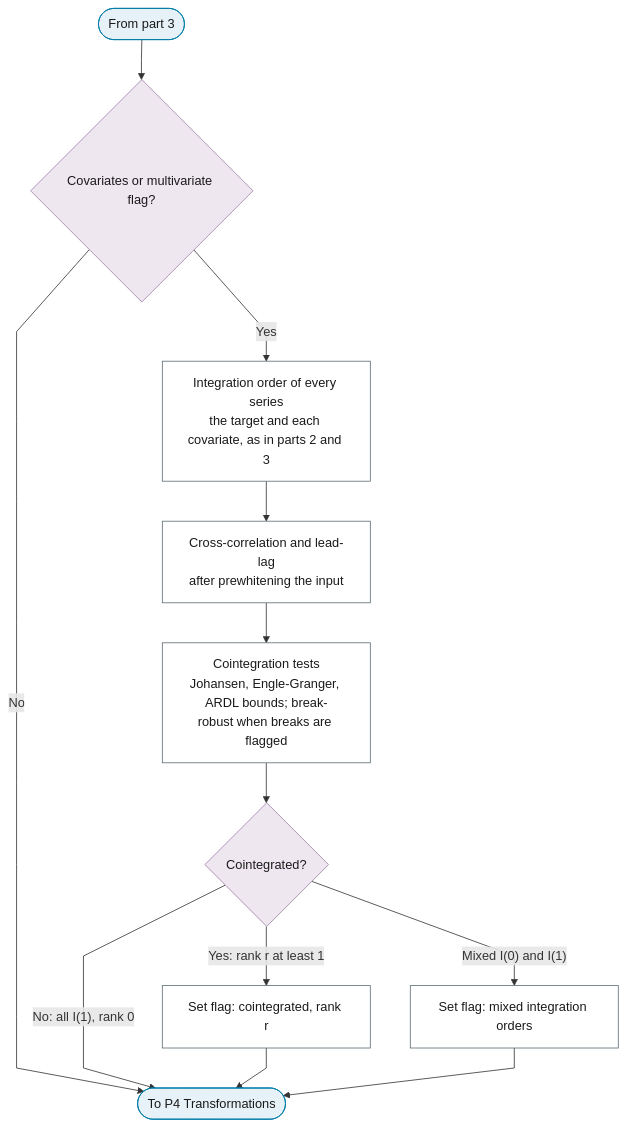
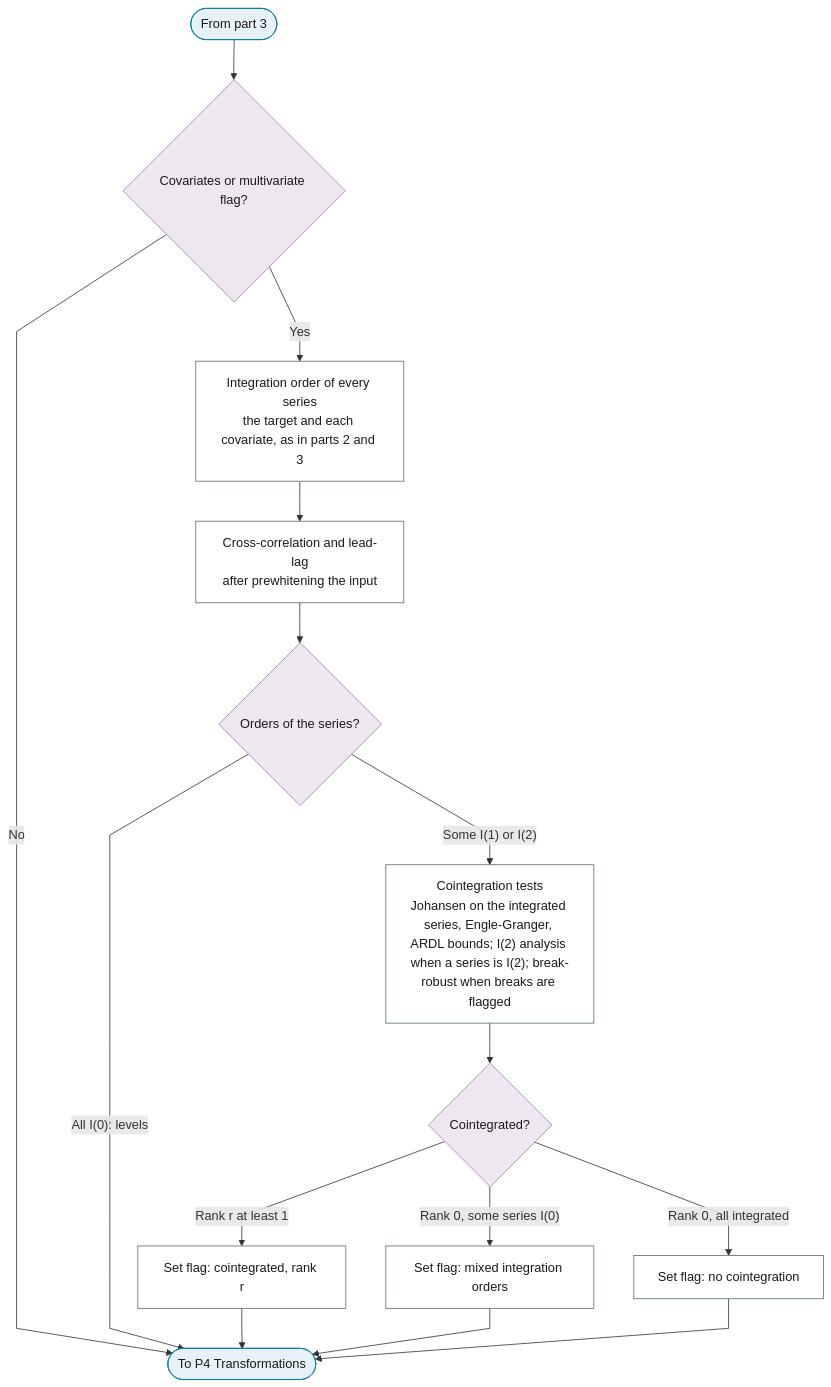
One commit to Shuxin-Y/time-series-analysis-manual changed the fourth of 4 diagrams in docs/01-workflow/p03-exploratory-diagnostics.md. Above: the diagram before and after it, drawn with Mermaid. The commit also changed other lines of this file and 6 other files, not shown here.

First line of the commit message:
fix(p3,p4): purpose- and class-aware treatment of levels and integration

````diff
--- a/docs/01-workflow/p03-exploratory-diagnostics.md
+++ b/docs/01-workflow/p03-exploratory-diagnostics.md
@@ -128,25 +131,27 @@
 ```mermaid
 %%{init: {"flowchart": {"curve": "linear"}}}%%
 graph TD
     P3_PART_4_IN(["From part 3"]) --> P3_MULTI{"Covariates or multivariate flag?"}
     P3_MULTI -->|"No"| P3_OUT(["To P4 Transformations"])
     P3_MULTI -->|"Yes"| P3_SERIES_ORDERS["Integration order of every series<br/>the target and each covariate, as in parts 2 and 3"]
     P3_SERIES_ORDERS --> P3_CROSS_CORRELATION["Cross-correlation and lead-lag<br/>after prewhitening the input"]
-    P3_CROSS_CORRELATION --> P3_COINTEGRATION_PRECHECK["Cointegration tests<br/>Johansen, Engle-Granger, ARDL bounds; break-robust when breaks are flagged"]
+    P3_CROSS_CORRELATION --> P3_ORDERS{"Orders of the series?"}
+    P3_ORDERS -->|"All I(0): levels"| P3_OUT
+    P3_ORDERS -->|"Some I(1) or I(2)"| P3_COINTEGRATION_PRECHECK["Cointegration tests<br/>Johansen on the integrated series, Engle-Granger, ARDL bounds; I(2) analysis when a series is I(2); break-robust when breaks are flagged"]
     P3_COINTEGRATION_PRECHECK --> P3_COINT_VERDICT{"Cointegrated?"}
-    P3_COINT_VERDICT -->|"Yes: rank r at least 1"| P3_COINT_FLAG["Set flag: cointegrated, rank r"]
-    P3_COINT_VERDICT -->|"Mixed I(0) and I(1)"| P3_MIXED_FLAG["Set flag: mixed integration orders"]
-    P3_COINT_VERDICT -->|"No: all I(1), rank 0"| P3_OUT
-    P3_COINT_FLAG & P3_MIXED_FLAG --> P3_OUT
+    P3_COINT_VERDICT -->|"Rank r at least 1"| P3_COINT_FLAG["Set flag: cointegrated, rank r"]
+    P3_COINT_VERDICT -->|"Rank 0, some series I(0)"| P3_MIXED_FLAG["Set flag: mixed integration orders"]
+    P3_COINT_VERDICT -->|"Rank 0, all integrated"| P3_NO_COINT_FLAG["Set flag: no cointegration"]
+    P3_COINT_FLAG & P3_MIXED_FLAG & P3_NO_COINT_FLAG --> P3_OUT
     class P3_PART_4_IN,P3_OUT terminator
-    class P3_MULTI,P3_COINT_VERDICT decision
-    class P3_SERIES_ORDERS,P3_CROSS_CORRELATION,P3_COINTEGRATION_PRECHECK,P3_COINT_FLAG,P3_MIXED_FLAG process
+    class P3_MULTI,P3_ORDERS,P3_COINT_VERDICT decision
+    class P3_SERIES_ORDERS,P3_CROSS_CORRELATION,P3_COINTEGRATION_PRECHECK,P3_COINT_FLAG,P3_MIXED_FLAG,P3_NO_COINT_FLAG process
     classDef terminator fill:#E6F2F7,stroke:#007BA7,color:#1A1A1A;
     classDef process fill:#FFFFFF,stroke:#5A6B73,color:#1A1A1A;
     classDef decision fill:#EFE7F0,stroke:#9B7FA7,color:#1A1A1A;
     classDef data fill:#FFF4E0,stroke:#C9A55E,color:#1A1A1A;
     classDef good fill:#DCEFD8,stroke:#4A7A3F,color:#1A1A1A;
     classDef escalate fill:#FFE9C2,stroke:#C9A55E,color:#1A1A1A;
     classDef problem fill:#F2D9DE,stroke:#800020,color:#1A1A1A;
     classDef ref fill:#F7F7F7,stroke:#5A6B73,color:#1A1A1A,stroke-dasharray:4 3;
 ```
````
